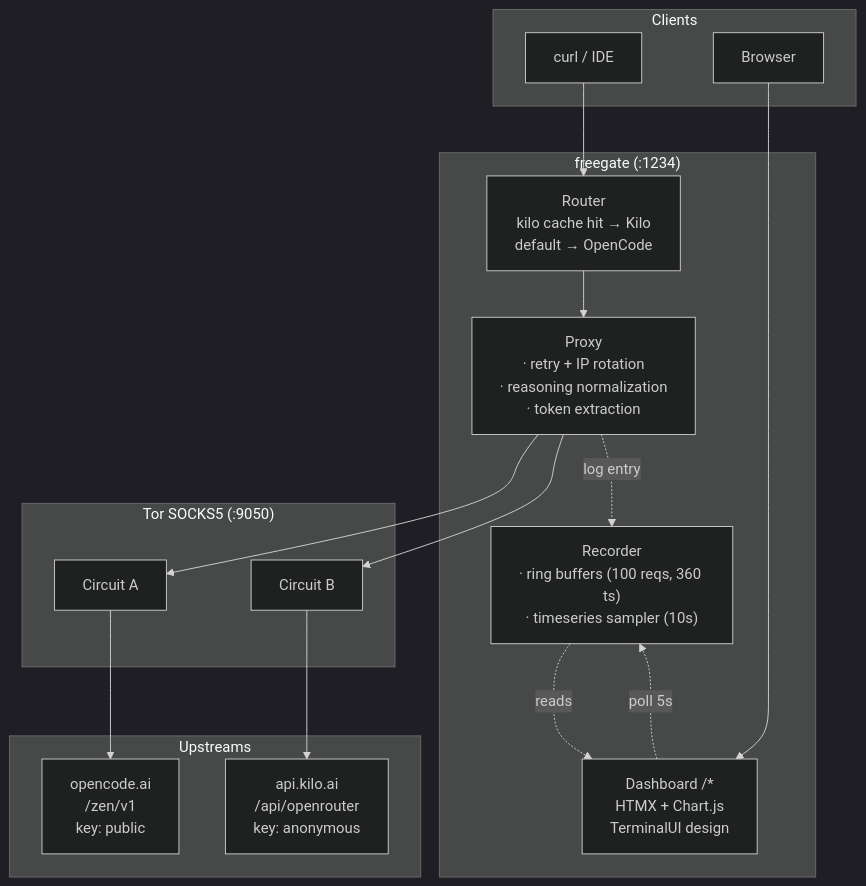
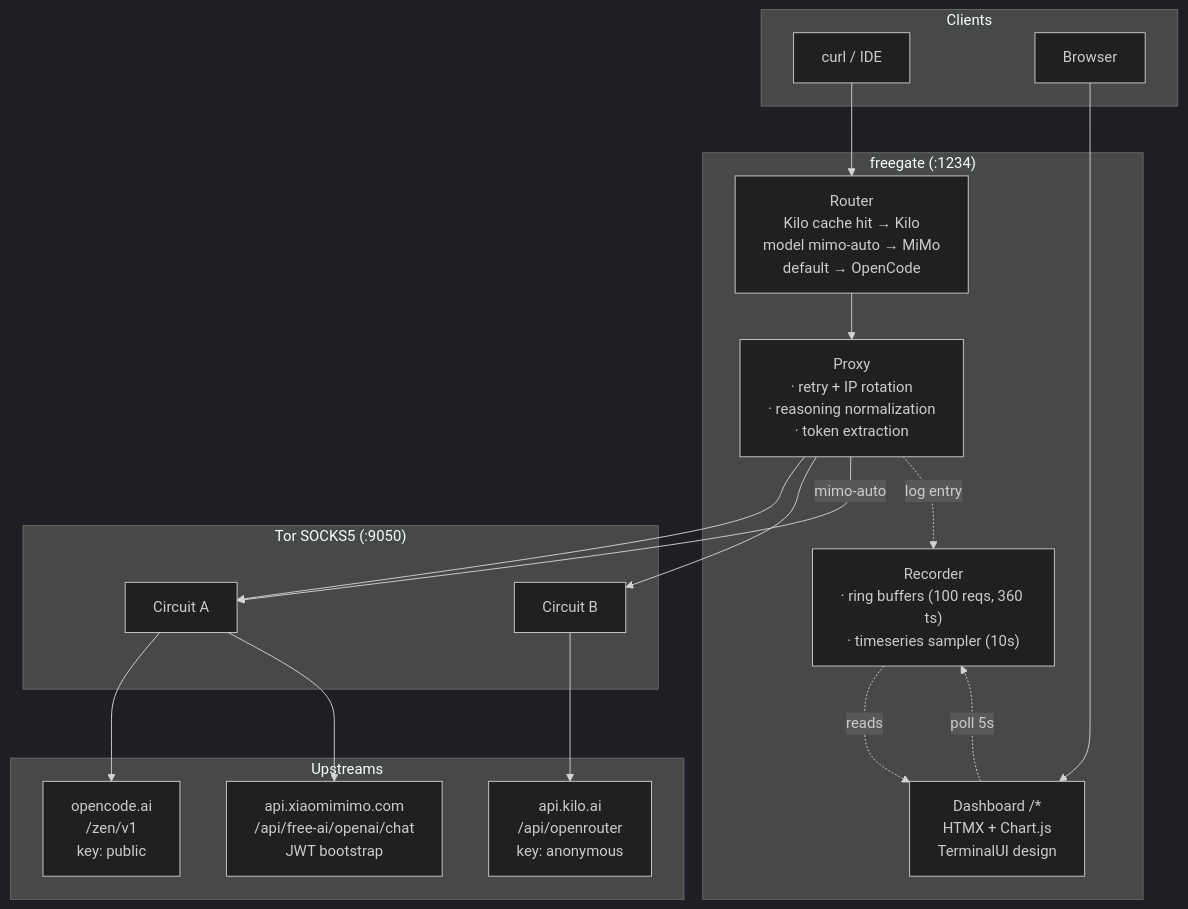
One commit to nofendian17/freegate changed the diagram in README.md. Above: the diagram before and after it, drawn with Mermaid (dark theme). The commit also changed other lines of this file and 7 other files, not shown here.

Commit message:
chore(ui): set mimo-free provider pill to orange tone

````diff
--- a/README.md
+++ b/README.md
@@ -165,35 +168,38 @@
 ```mermaid
 flowchart TB
     subgraph Clients["Clients"]
         CLI["curl / IDE"]
         Browser["Browser"]
     end
 
     subgraph Freegate["freegate (:1234)"]
-        Router["Router<br/>kilo cache hit → Kilo<br/>default → OpenCode"]
+        Router["Router<br/>Kilo cache hit → Kilo<br/>model mimo-auto → MiMo<br/>default → OpenCode"]
         Proxy["Proxy<br/>· retry + IP rotation<br/>· reasoning normalization<br/>· token extraction"]
         Dashboard["Dashboard /*<br/>HTMX + Chart.js<br/>TerminalUI design"]
         Recorder["Recorder<br/>· ring buffers (100 reqs, 360 ts)<br/>· timeseries sampler (10s)"]
     end
 
     subgraph Tor["Tor SOCKS5 (:9050)"]
         Tor1["Circuit A"]
         Tor2["Circuit B"]
     end
 
     subgraph Upstreams["Upstreams"]
         OC["opencode.ai<br/>/zen/v1<br/>key: public"]
         Kilo["api.kilo.ai<br/>/api/openrouter<br/>key: anonymous"]
+        MiMo["api.xiaomimimo.com<br/>/api/free-ai/openai/chat<br/>JWT bootstrap"]
     end
 
     CLI --> Router
     Router --> Proxy
     Proxy --> Tor1
     Proxy --> Tor2
     Tor1 --> OC
     Tor2 --> Kilo
+    Proxy -->|"mimo-auto"| Tor1
+    Tor1 --> MiMo
     Proxy -.->|"log entry"| Recorder
     Recorder -.->|"reads"| Dashboard
     Browser --> Dashboard
     Dashboard -.->|"poll 5s"| Recorder
 ```
````
